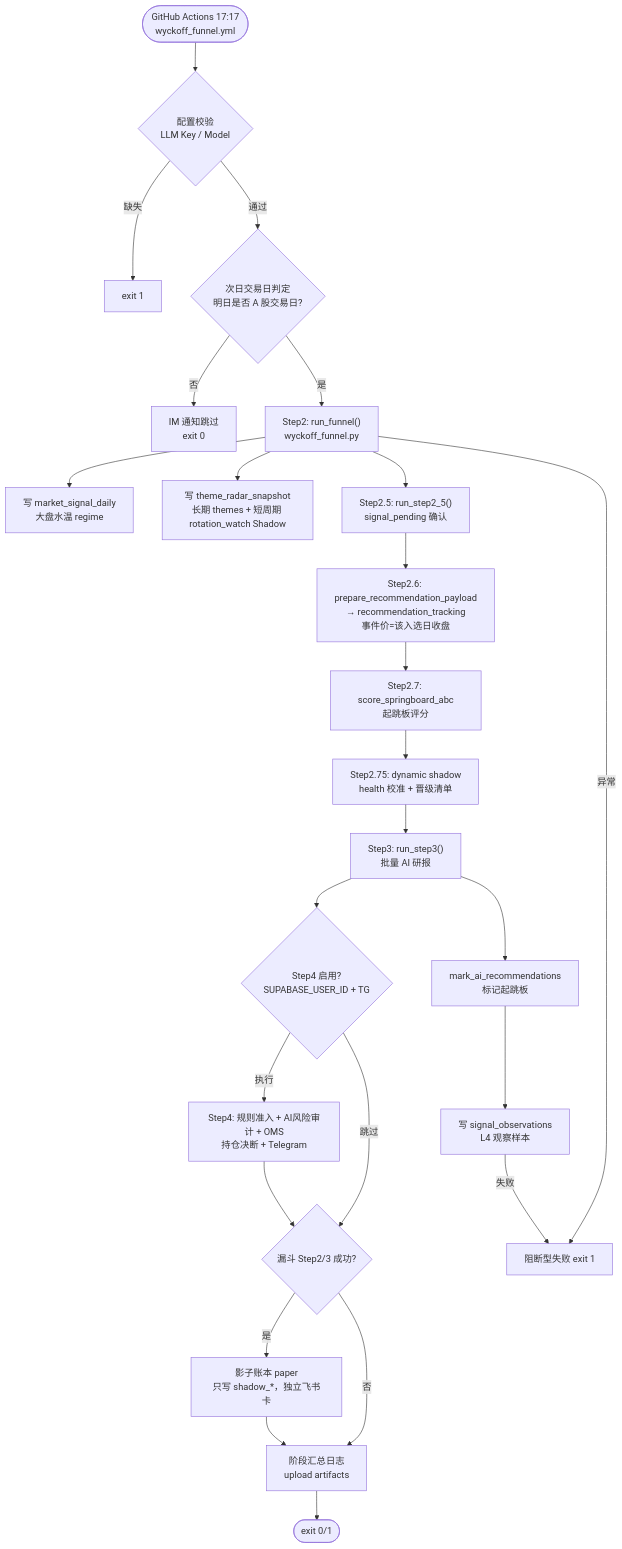
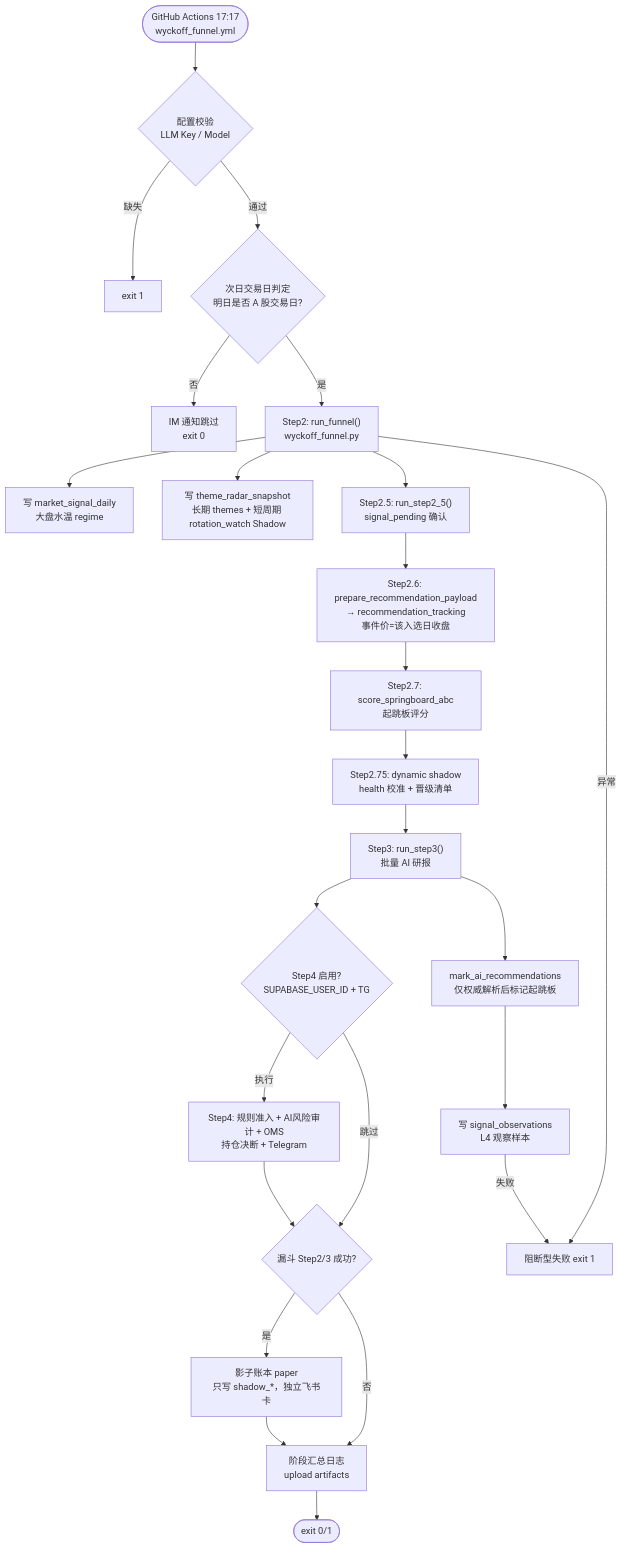
The second of 7 diagrams in docs/A_SHARE_FUNNEL_FLOW.md (YoungCan-Wang/WyckoffTradingAgent), drawn with Mermaid before and after one commit. The commit also changed other lines of this file and 9 other files, not shown here.

````diff
--- a/docs/A_SHARE_FUNNEL_FLOW.md
+++ b/docs/A_SHARE_FUNNEL_FLOW.md
@@ -82,32 +82,32 @@
 ```mermaid
 flowchart TD
     START(["GitHub Actions 17:17<br/>wyckoff_funnel.yml"]) --> CHECK1{"配置校验<br/>LLM Key / Model"}
     CHECK1 -->|缺失| FAIL1["exit 1"]
     CHECK1 -->|通过| CHECK2{"次日交易日判定<br/>明日是否 A 股交易日?"}
     CHECK2 -->|否| SKIP["IM 通知跳过<br/>exit 0"]
     CHECK2 -->|是| STEP2
 
     STEP2["Step2: run_funnel()<br/>wyckoff_funnel.py"] --> P1["写 market_signal_daily<br/>大盘水温 regime"]
     STEP2 --> P2["写 theme_radar_snapshot<br/>长期 themes + 短周期 rotation_watch Shadow"]
     STEP2 --> S25
 
     S25["Step2.5: run_step2_5()<br/>signal_pending 确认"] --> S26
     S26["Step2.6: prepare_recommendation_payload<br/>→ recommendation_tracking<br/>事件价=该入选日收盘"] --> S27
     S27["Step2.7: score_springboard_abc<br/>起跳板评分"] --> S275["Step2.75: dynamic shadow<br/>health 校准 + 晋级清单"] --> S3
 
-    S3["Step3: run_step3()<br/>批量 AI 研报"] --> MARK["mark_ai_recommendations<br/>标记起跳板"]
+    S3["Step3: run_step3()<br/>批量 AI 研报"] --> MARK["mark_ai_recommendations<br/>仅权威解析后标记起跳板"]
     MARK --> OBS["写 signal_observations<br/>L4 观察样本"]
 
     S3 --> S4CHK{"Step4 启用?<br/>SUPABASE_USER_ID + TG"}
     S4CHK -->|跳过| SHADOW
     S4CHK -->|执行| S4
 
     S4["Step4: 规则准入 + AI风险审计 + OMS<br/>持仓决断 + Telegram"] --> SHADOW
     SHADOW{"漏斗 Step2/3 成功?"} -->|是| PAPER["影子账本 paper<br/>只写 shadow_*，独立飞书卡"]
     SHADOW -->|否| SUM
     PAPER --> SUM
     SUM["阶段汇总日志<br/>upload artifacts"] --> END(["exit 0/1"])
 
     STEP2 -->|异常| BLOCK["阻断型失败 exit 1"]
     OBS -->|失败| BLOCK
 ```
````
